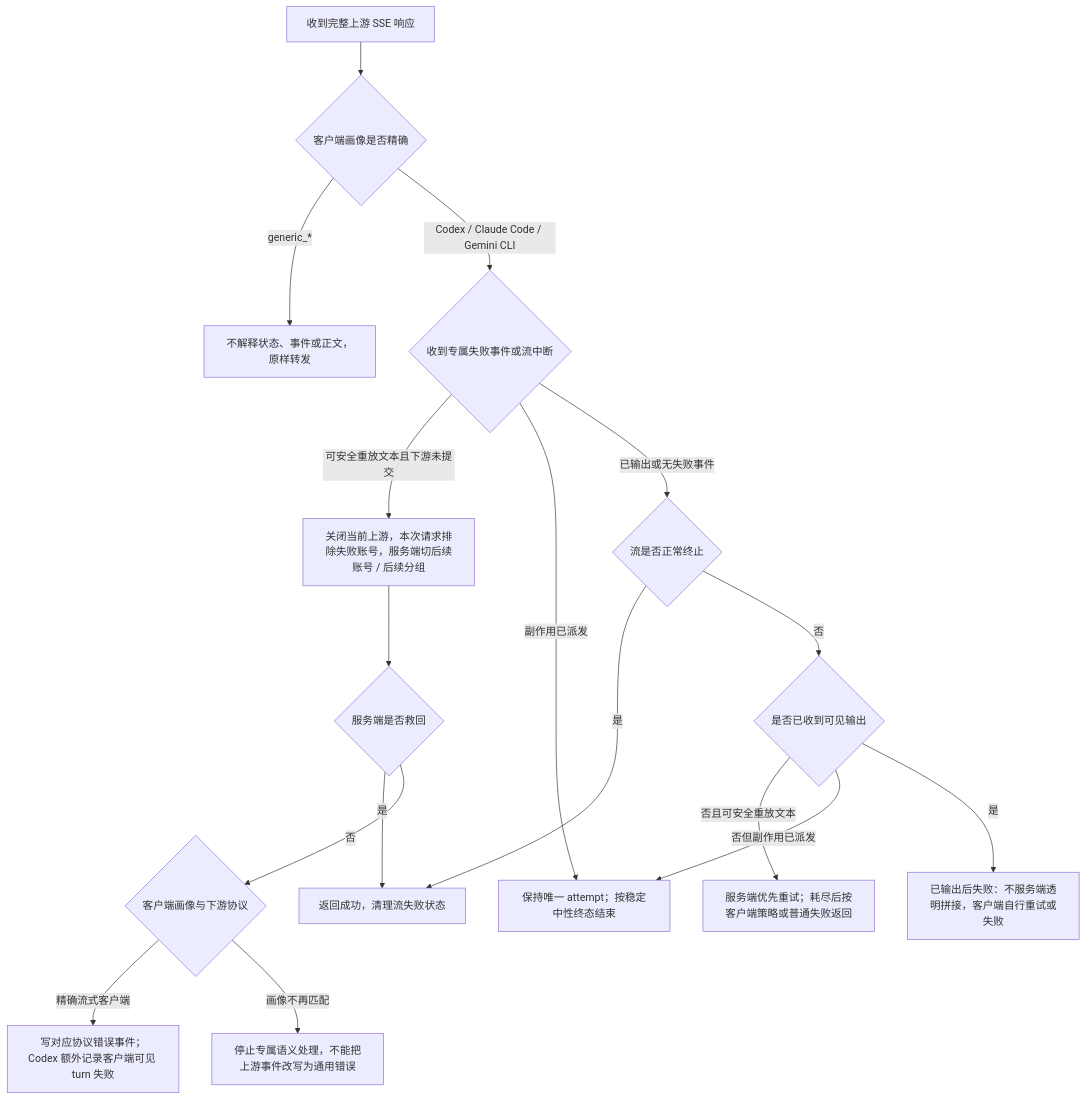
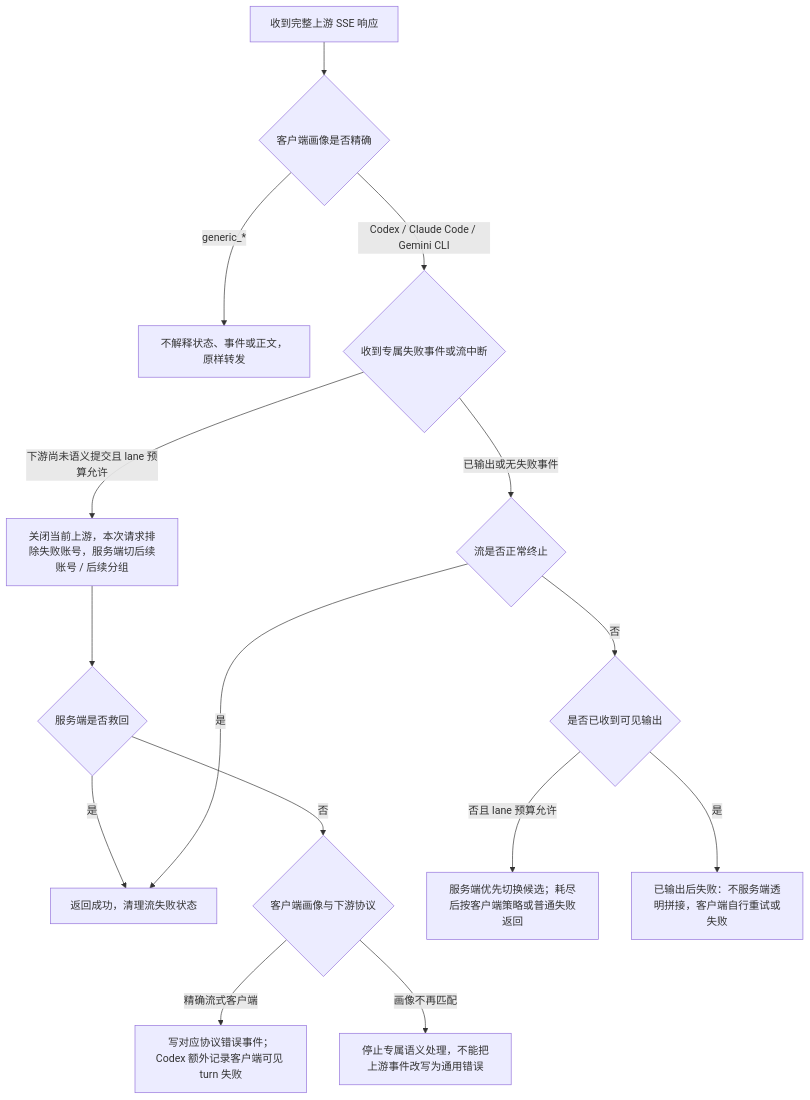
Before and after one commit to huanmin123/juhe-ai: the second of 3 diagrams in docs/functions/网关异常重试与兜底策略.md, drawn with Mermaid. The commit also changed other lines of this file and 109 other files, not shown here.

````diff
--- a/docs/functions/网关异常重试与兜底策略.md
+++ b/docs/functions/网关异常重试与兜底策略.md
@@ -170,19 +170,17 @@
 ```mermaid
 flowchart TD
   A["收到完整上游 SSE 响应"] --> B{"客户端画像是否精确"}
   B -- "generic_*" --> J["不解释状态、事件或正文，原样转发"]
   B -- "Codex / Claude Code / Gemini CLI" --> C{"收到专属失败事件或流中断"}
-  C -- "可安全重放文本且下游未提交" --> D["关闭当前上游，本次请求排除失败账号，服务端切后续账号 / 后续分组"]
-  C -- "副作用已派发" --> Q["保持唯一 attempt；按稳定中性终态结束"]
+  C -- "下游尚未语义提交且 lane 预算允许" --> D["关闭当前上游，本次请求排除失败账号，服务端切后续账号 / 后续分组"]
   D --> M{"服务端是否救回"}
   M -- "是" --> F["返回后续账号成功流，客户端无感"]
   M -- "否" --> N{"客户端画像与下游协议"}
   N -- "精确流式客户端" --> O["写对应协议错误事件；Codex 额外记录客户端可见 turn 失败"]
   N -- "画像不再匹配" --> P["停止专属语义处理，不能把上游事件改写为通用错误"]
   C -- "已输出或无失败事件" --> E{"流是否正常终止"}
   E -- "是" --> F["返回成功，清理流失败状态"]
   E -- "否" --> G{"是否已收到可见输出"}
-  G -- "否且可安全重放文本" --> H["服务端优先重试；耗尽后按客户端策略或普通失败返回"]
-  G -- "否但副作用已派发" --> Q
+  G -- "否且 lane 预算允许" --> H["服务端优先切换候选；耗尽后按客户端策略或普通失败返回"]
   G -- "是" --> I["已输出后失败：不服务端透明拼接，客户端自行重试或失败"]
 ```
````
